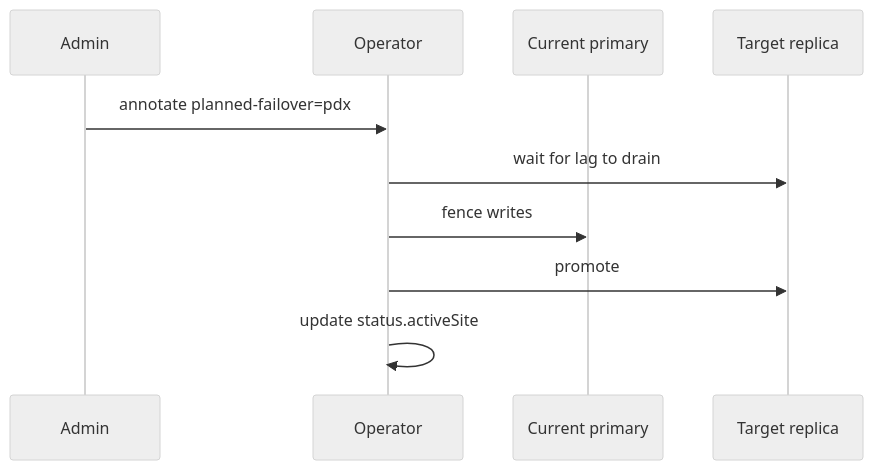
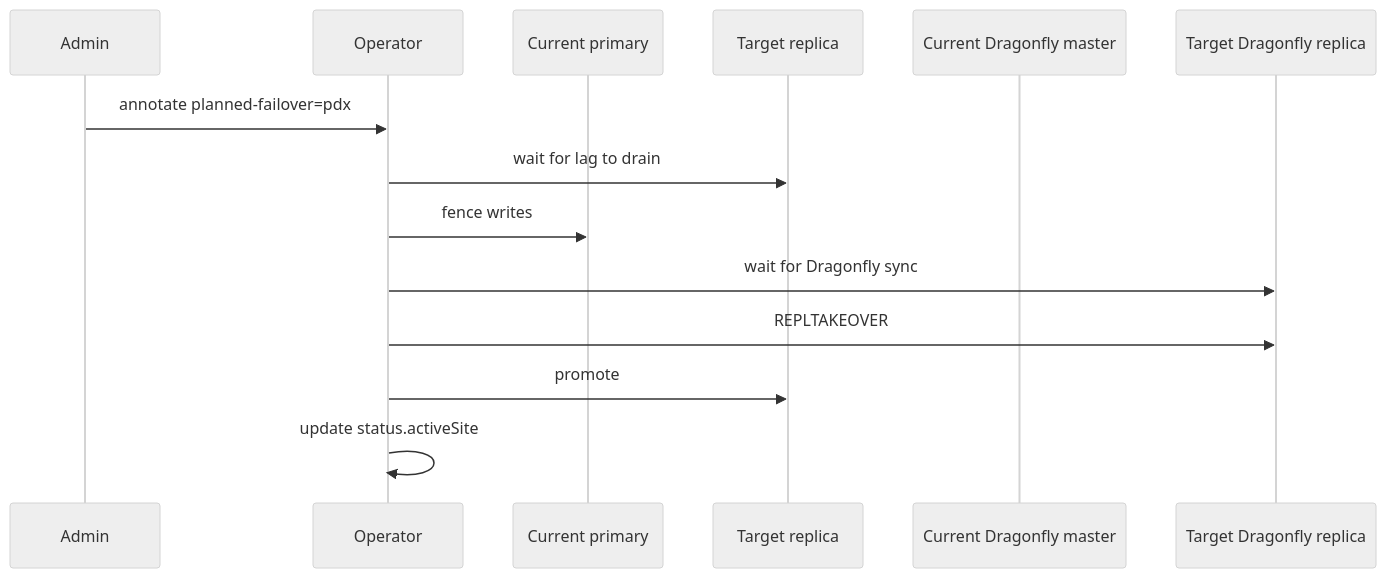
The third of 9 diagrams in docs/docs/architecture-diagrams.mdx (ShipStream/bloodraven), drawn with Mermaid (neutral theme) before and after one commit. The commit also changed other lines of this file and 17 other files, not shown here.

````diff
--- a/docs/docs/architecture-diagrams.mdx
+++ b/docs/docs/architecture-diagrams.mdx
@@ -44,12 +53,16 @@
 ```mermaid
 sequenceDiagram
   participant Admin
   participant O as Operator
   participant A as Current primary
   participant B as Target replica
+  participant DA as Current Dragonfly master
+  participant DB as Target Dragonfly replica
   Admin->>O: annotate planned-failover=pdx
   O->>B: wait for lag to drain
   O->>A: fence writes
+  O->>DB: wait for Dragonfly sync
+  O->>DB: REPLTAKEOVER
   O->>B: promote
   O->>O: update status.activeSite
 ```
````
